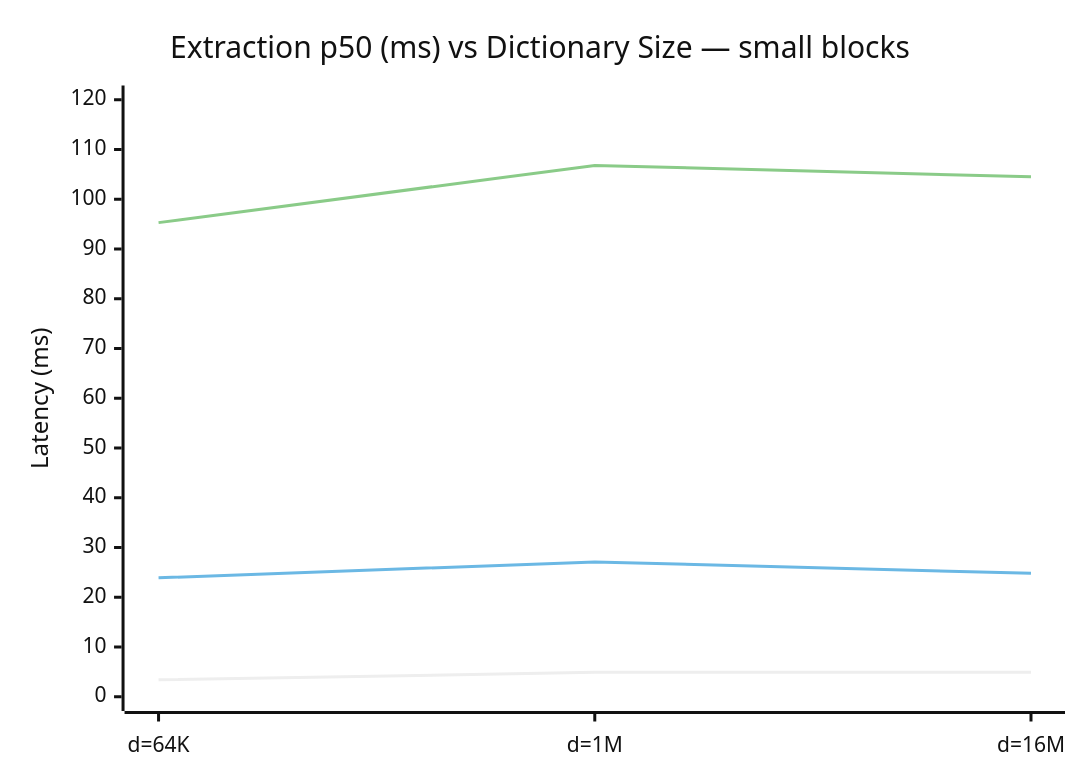
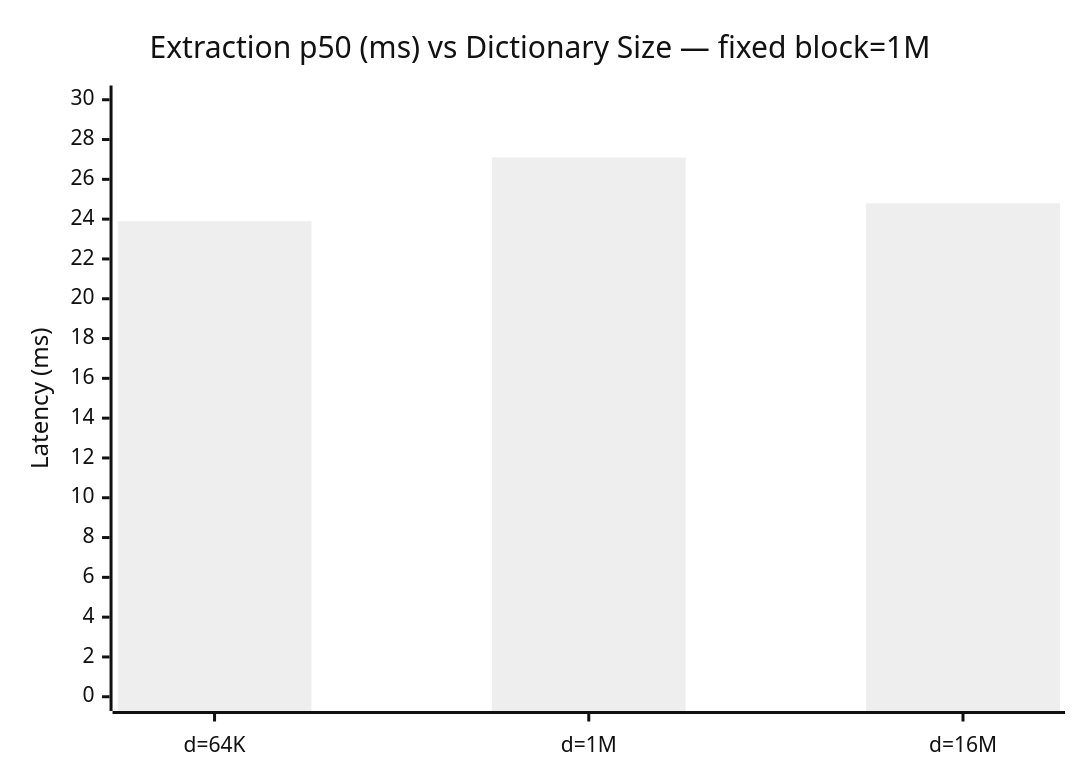
Before and after one commit to alfishe/7z-experiments: the fifth of 6 diagrams in 7z-benchmark/bench_report.md, drawn with Mermaid (neutral theme). The commit also changed other lines of this file, not shown here.

Commit message:
docs: replace dict graphs with apples-to-apples comparison (fixed block=1M, 6 dict sizes)

````diff
--- a/7z-benchmark/bench_report.md
+++ b/7z-benchmark/bench_report.md
@@ -148,9 +146,7 @@
 ```mermaid
 xychart-beta
-    title "Extraction p50 (ms) vs Dictionary Size — small blocks"
+    title "Extraction p50 (ms) vs Dictionary Size — fixed block=1M"
     x-axis ["d=64K", "d=1M", "d=16M"]
-    y-axis "Latency (ms)" 0 --> 120
-    line [3.4, 4.9, 4.9]
-    line [23.9, 27.1, 24.8]
-    line [95.3, 106.8, 104.5]
+    y-axis "Latency (ms)" 0 --> 30
+    bar [23.9, 27.1, 24.8]
 ```
````
